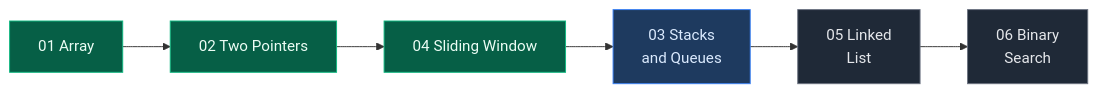
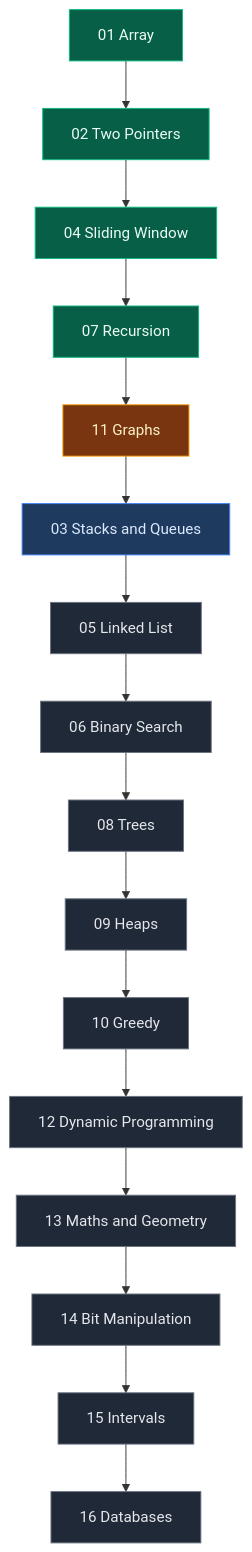
The diagram in README.md (ajay-nikumbh/dsa-notes), drawn with Mermaid before and after one commit.

Commit message:
Make roadmap diagram vertical, add all 16 topics with status

````diff
--- a/README.md
+++ b/README.md
@@ -34,12 +34,23 @@
 ```mermaid
-flowchart LR
+flowchart TD
     A["01 Array"]:::done --> B["02 Two Pointers"]:::done
     B --> C["04 Sliding Window"]:::done
-    C --> D["03 Stacks<br/>and Queues"]:::next
-    D --> E["05 Linked<br/>List"]:::todo
-    E --> F["06 Binary<br/>Search"]:::todo
+    C --> D["07 Recursion"]:::done
+    D --> E["11 Graphs"]:::inprog
+    E --> F["03 Stacks and Queues"]:::next
+    F --> G["05 Linked List"]:::todo
+    G --> H["06 Binary Search"]:::todo
+    H --> I["08 Trees"]:::todo
+    I --> J["09 Heaps"]:::todo
+    J --> K["10 Greedy"]:::todo
+    K --> L["12 Dynamic Programming"]:::todo
+    L --> M["13 Maths and Geometry"]:::todo
+    M --> N["14 Bit Manipulation"]:::todo
+    N --> O["15 Intervals"]:::todo
+    O --> P["16 Databases"]:::todo
 
     classDef done fill:#065f46,stroke:#10b981,color:#ecfdf5
+    classDef inprog fill:#78350f,stroke:#f59e0b,color:#fef3c7
     classDef next fill:#1e3a5f,stroke:#3b82f6,color:#dbeafe
     classDef todo fill:#1f2937,stroke:#6b7280,color:#e5e7eb
 ```
````
